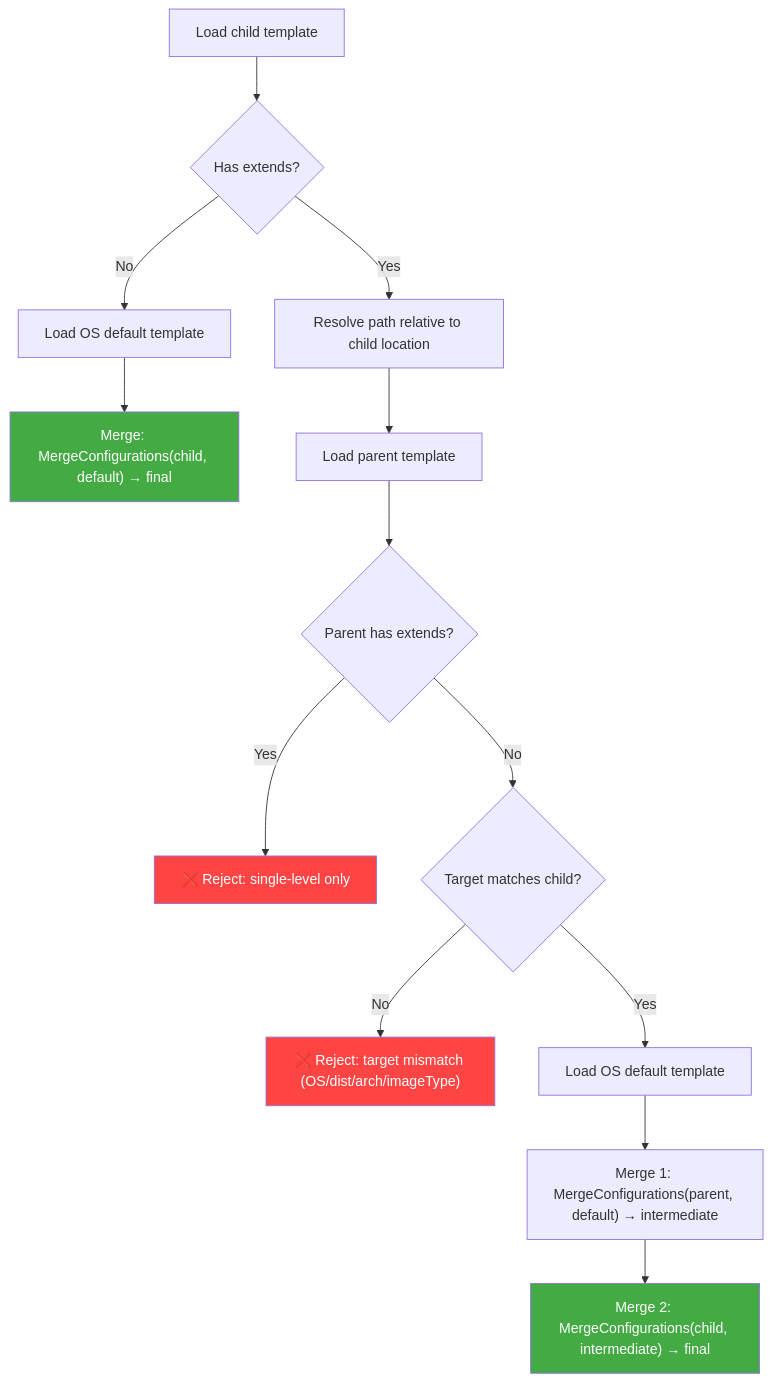
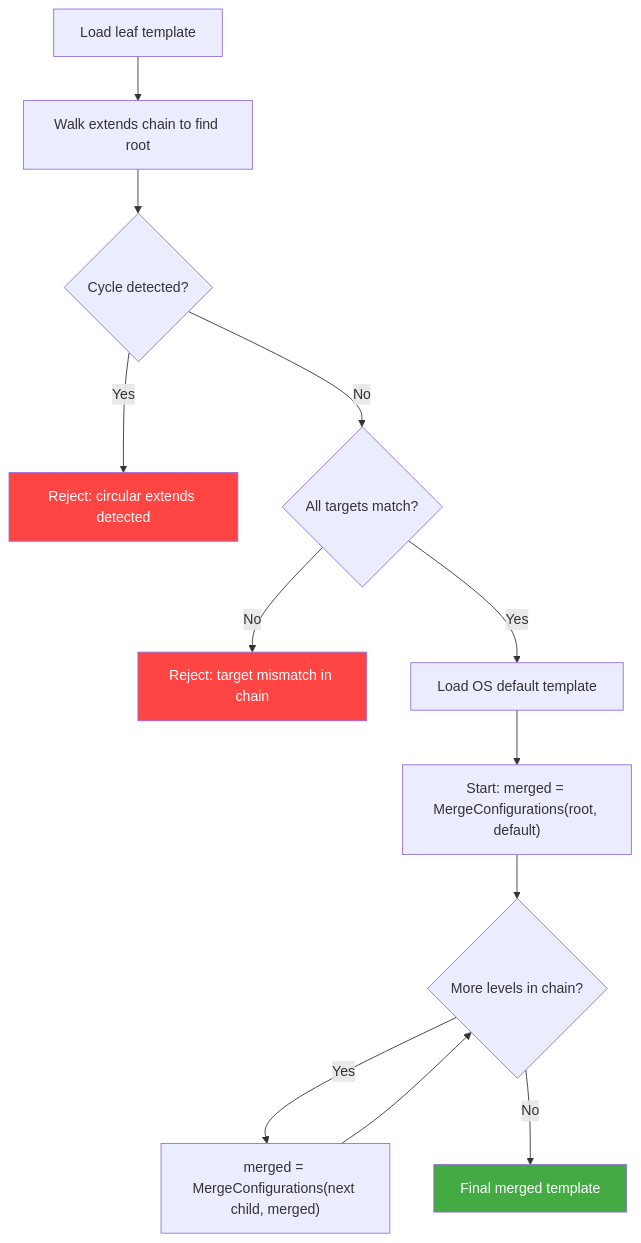
One commit to open-edge-platform/image-composer-tool changed the diagram in docs/architecture/adr-template-extends.md. Above: the diagram before and after it, drawn with Mermaid. The commit also changed other lines of this file, not shown here.

Commit message:
docs(architecture): revise ADR to support multi-level linear chaining

````diff
--- a/docs/architecture/adr-template-extends.md
+++ b/docs/architecture/adr-template-extends.md
@@ -76,22 +95,18 @@
 ```mermaid
 flowchart TD
-    A[Load child template] --> B{Has extends?}
-
-    B -- No --> G1[Load OS default template]
-    G1 --> I["Merge: MergeConfigurations(child, default) → final"]
-
-    B -- Yes --> C[Resolve path relative to child location]
-    C --> D[Load parent template]
-    D --> E{Parent has extends?}
-    E -- Yes --> ERR1[❌ Reject: single-level only]
-    E -- No --> F{Target matches child?}
-    F -- No --> ERR2["❌ Reject: target mismatch (OS/dist/arch/imageType)"]
-    F -- Yes --> G2[Load OS default template]
-    G2 --> H["Merge 1: MergeConfigurations(parent, default) → intermediate"]
-    H --> J["Merge 2: MergeConfigurations(child, intermediate) → final"]
+    A[Load leaf template] --> B[Walk extends chain to find root]
+    B --> C{Cycle detected?}
+    C -- Yes --> ERR1["Reject: circular extends detected"]
+    C -- No --> D{All targets match?}
+    D -- No --> ERR2["Reject: target mismatch in chain"]
+    D -- Yes --> E[Load OS default template]
+    E --> F["Start: merged = MergeConfigurations(root, default)"]
+    F --> G{More levels in chain?}
+    G -- Yes --> H["merged = MergeConfigurations(next child, merged)"]
+    H --> G
+    G -- No --> I[Final merged template]
 
     style ERR1 fill:#f44,color:#fff
     style ERR2 fill:#f44,color:#fff
-    style J fill:#4a4,color:#fff
     style I fill:#4a4,color:#fff
 ```
````
